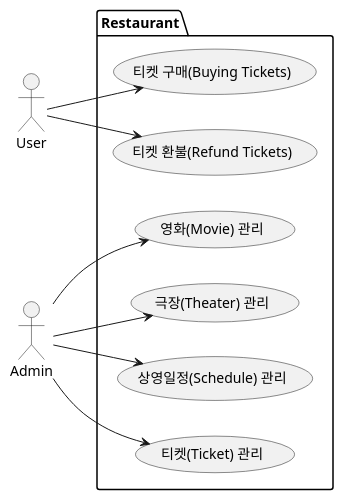
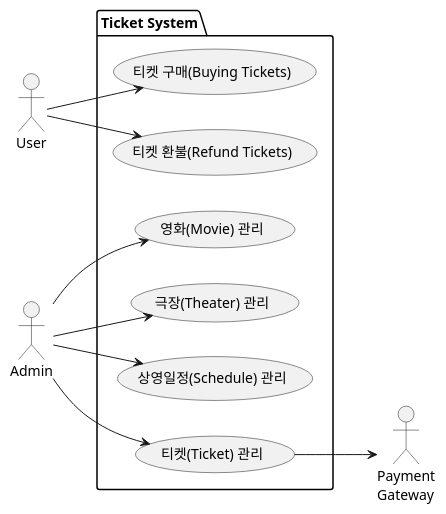
Before and after one commit to hunjuly/nestjs: the diagram in docs/use-case.md, drawn with PlantUML. The commit also changed other lines of this file and 2 other files, not shown here.

````diff
--- a/docs/use-case.md
+++ b/docs/use-case.md
@@ -16,25 +5,26 @@
 ```plantuml
 @startuml
 left to right direction
-skinparam shadowing false
 
 actor User as user
 actor Admin as admin
+actor "Payment\nGateway" as payment
 
-package Restaurant {
+package "Ticket System" {
   usecase "티켓 구매(Buying Tickets)" as buy
   usecase "티켓 환불(Refund Tickets)" as refund
   usecase "영화(Movie) 관리" as movie
   usecase "극장(Theater) 관리" as theater
   usecase "상영일정(Schedule) 관리" as schedule
   usecase "티켓(Ticket) 관리" as ticket
 }
 
 user -->  buy
 user -->  refund
 admin -->  movie
 admin -->  theater
 admin -->  schedule
 admin -->  ticket
+ticket --> payment
 @enduml
 ```
````
